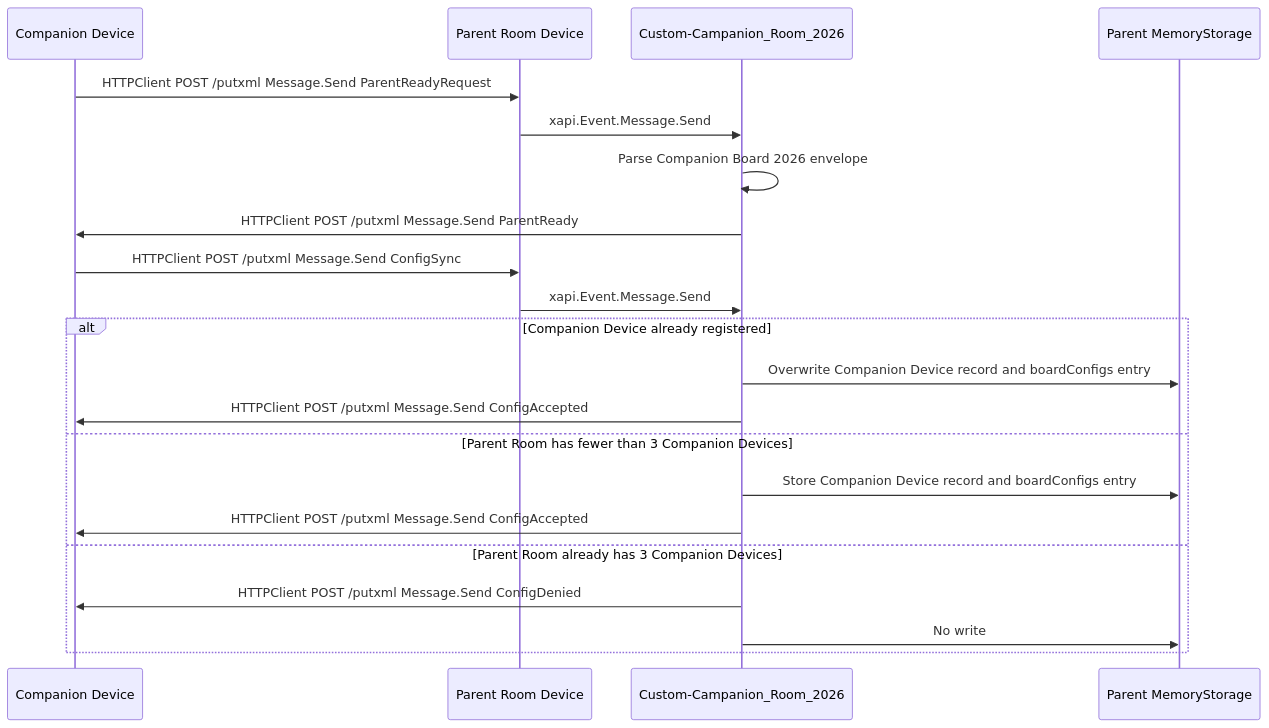
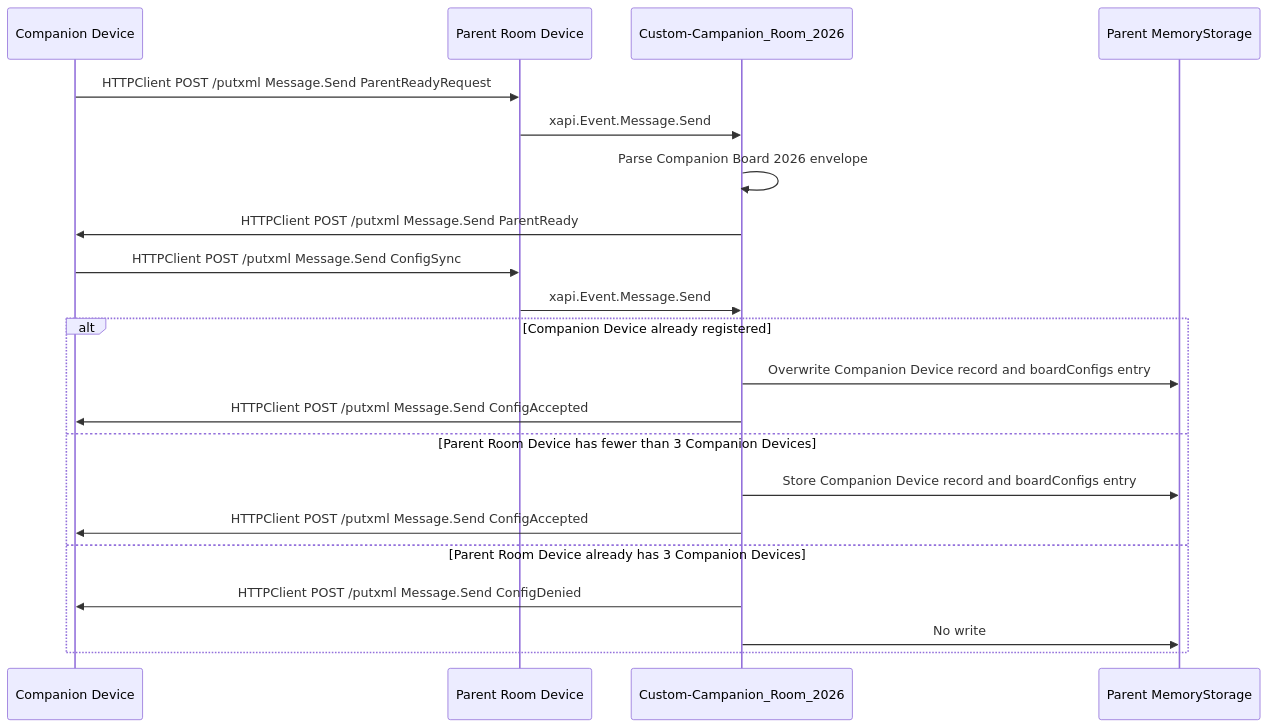
The third of 8 diagrams in README.md (ctg-tme/Custom_Companion_2026), drawn with Mermaid before and after one commit. The commit also changed other lines of this file and 26 other files, not shown here.

````diff
--- a/README.md
+++ b/README.md
@@ -111,24 +111,24 @@
 ```mermaid
 sequenceDiagram
 	participant CompanionDevice as Companion Device
 	participant Parent as Parent Room Device
 	participant ParentMacro as Custom-Campanion_Room_2026
 	participant ParentMemory as Parent MemoryStorage
 
 	CompanionDevice->>Parent: HTTPClient POST /putxml Message.Send ParentReadyRequest
 	Parent->>ParentMacro: xapi.Event.Message.Send
 	ParentMacro->>ParentMacro: Parse Companion Board 2026 envelope
 	ParentMacro->>CompanionDevice: HTTPClient POST /putxml Message.Send ParentReady
 	CompanionDevice->>Parent: HTTPClient POST /putxml Message.Send ConfigSync
 	Parent->>ParentMacro: xapi.Event.Message.Send
 	alt Companion Device already registered
 		ParentMacro->>ParentMemory: Overwrite Companion Device record and boardConfigs entry
 		ParentMacro->>CompanionDevice: HTTPClient POST /putxml Message.Send ConfigAccepted
-	else Parent Room has fewer than 3 Companion Devices
+	else Parent Room Device has fewer than 3 Companion Devices
 		ParentMacro->>ParentMemory: Store Companion Device record and boardConfigs entry
 		ParentMacro->>CompanionDevice: HTTPClient POST /putxml Message.Send ConfigAccepted
-	else Parent Room already has 3 Companion Devices
+	else Parent Room Device already has 3 Companion Devices
 		ParentMacro->>CompanionDevice: HTTPClient POST /putxml Message.Send ConfigDenied
 		ParentMacro->>ParentMemory: No write
 	end
 ```
````
